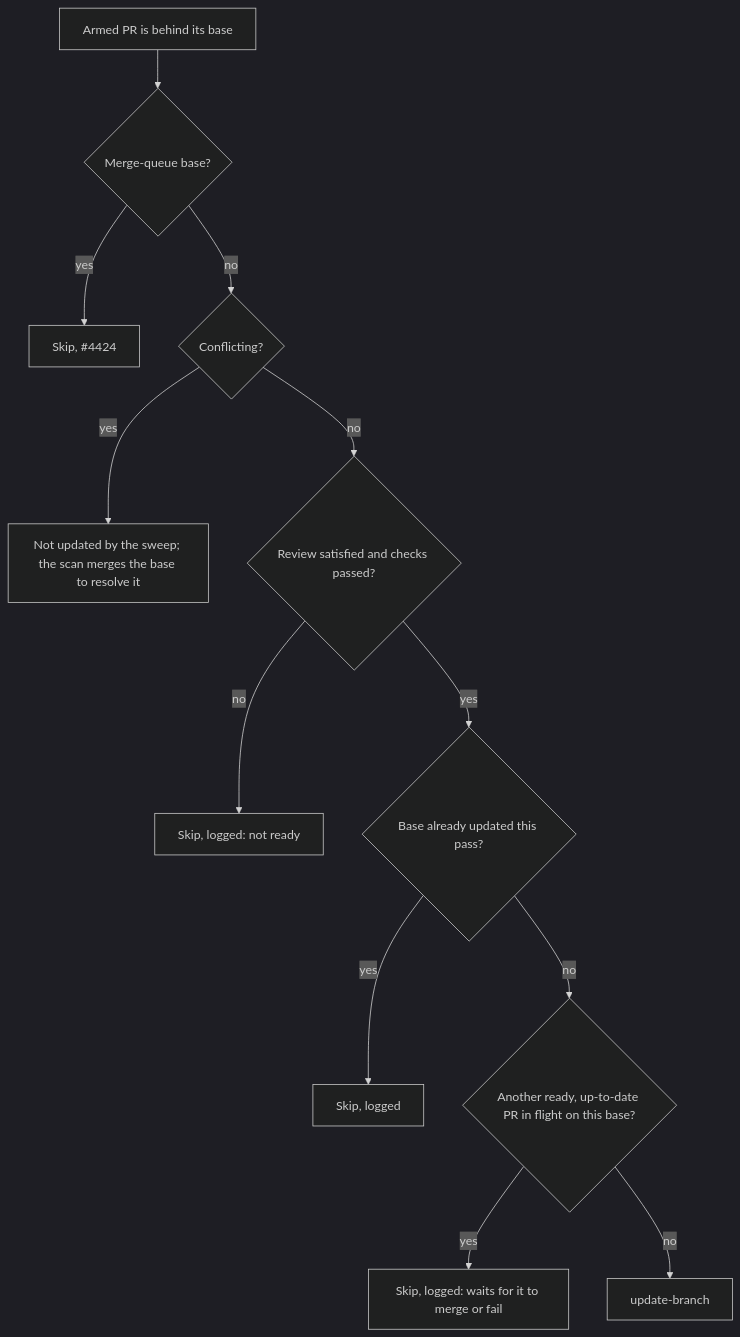
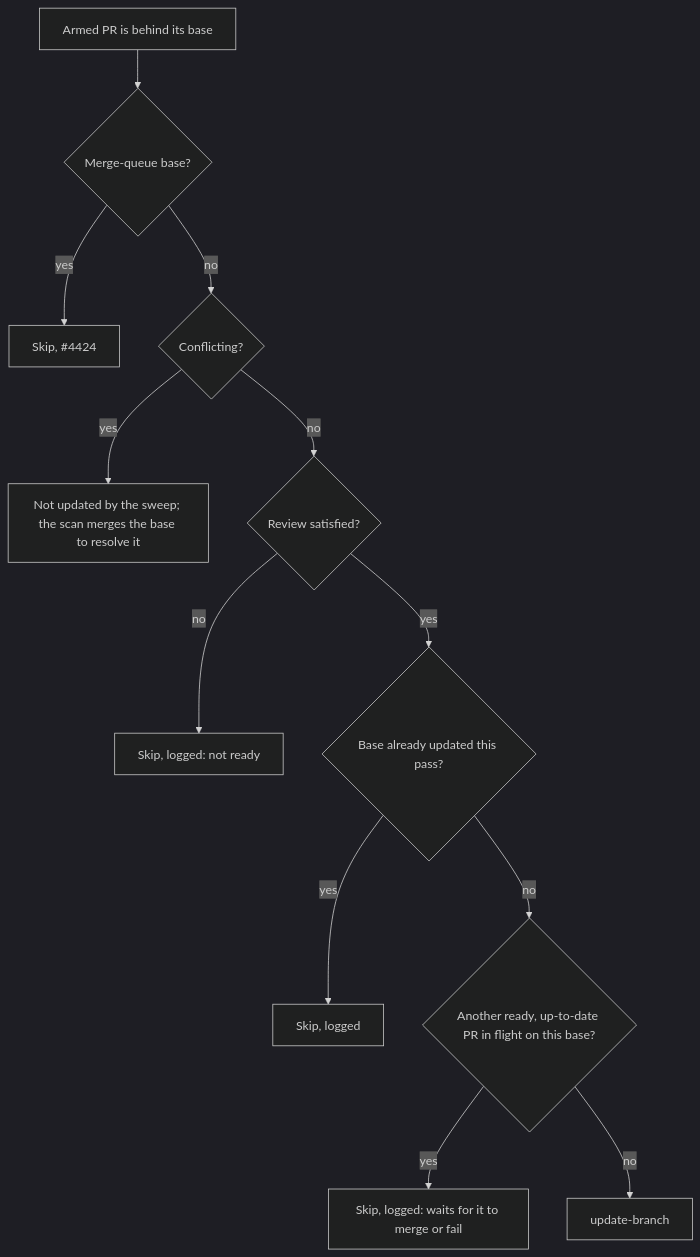
The diagram in docs/archive/pr-summaries/pr-summary-4613.md (stSoftwareAU/VibeCoder), drawn with Mermaid (dark theme) before and after one commit. The commit also changed other lines of this file and 6 other files, not shown here.

````diff
--- a/docs/archive/pr-summaries/pr-summary-4613.md
+++ b/docs/archive/pr-summaries/pr-summary-4613.md
@@ -9,14 +9,14 @@
 ```mermaid
 flowchart TD
     A[Armed PR is behind its base] --> Q{Merge-queue base?}
     Q -- yes --> S0[Skip, #4424]
     Q -- no --> C{Conflicting?}
     C -- yes --> S1[Not updated by the sweep; the scan merges the base to resolve it]
-    C -- no --> R{Review satisfied and checks passed?}
+    C -- no --> R{Review satisfied?}
     R -- no --> S2[Skip, logged: not ready]
     R -- yes --> P{Base already updated this pass?}
     P -- yes --> S3[Skip, logged]
     P -- no --> F{Another ready, up-to-date PR in flight on this base?}
     F -- yes --> S4[Skip, logged: waits for it to merge or fail]
     F -- no --> U[update-branch]
 ```
````
